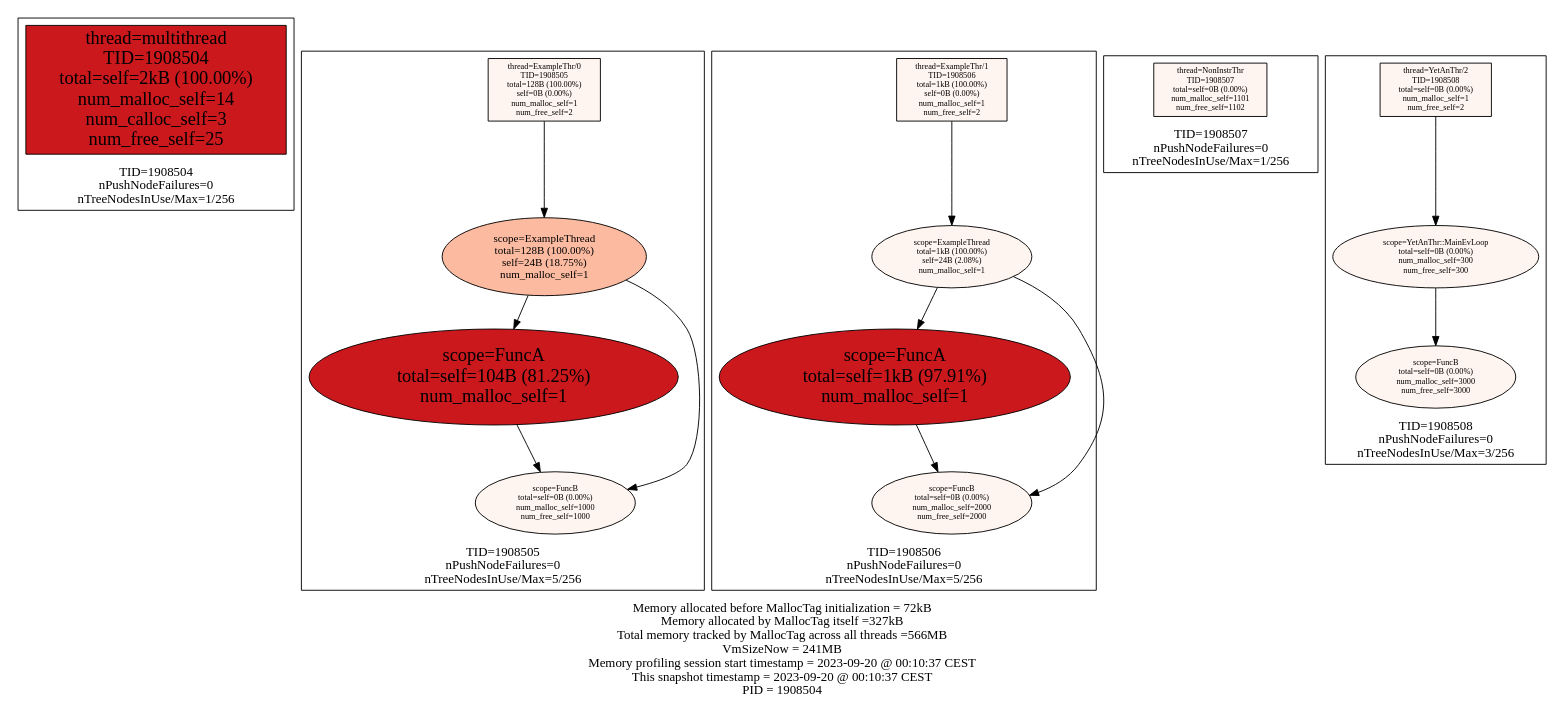
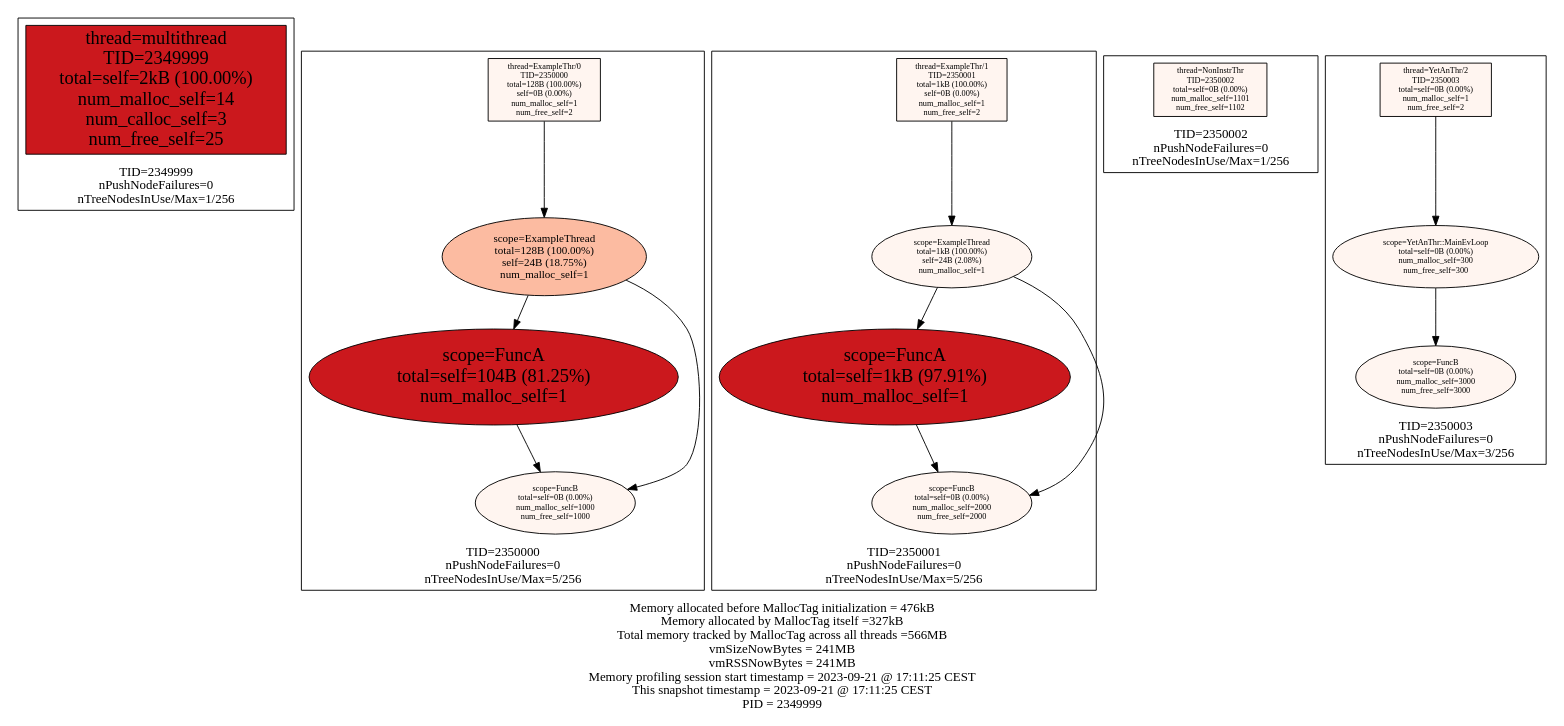
Before and after one commit to f18m/malloc-tag: the diagram in examples/multithread/multithread_stats.dot, drawn with Graphviz. The commit also changed 5 other files, not shown here.

```diff
--- a/examples/multithread/multithread_stats.dot
+++ b/examples/multithread/multithread_stats.dot
@@ -1,60 +1,60 @@
 digraph MallocTree {
  node [colorscheme=reds9 style=filled]
- subgraph cluster_TID1908504 {
+ subgraph cluster_TID2349999 {
   node [colorscheme=reds9 style=filled]
   labelloc="b"
-  label="TID=1908504\nnPushNodeFailures=0\nnTreeNodesInUse/Max=1/256\n"
-  "1908504_multithread" [label="thread=multithread\nTID=1908504\ntotal=self=2kB (100.00%)\nnum_malloc_self=14\nnum_calloc_self=3\nnum_free_self=25" shape=box fillcolor=7 fontsize=20]
+  label="TID=2349999\nnPushNodeFailures=0\nnTreeNodesInUse/Max=1/256\n"
+  "2349999_multithread" [label="thread=multithread\nTID=2349999\ntotal=self=2kB (100.00%)\nnum_malloc_self=14\nnum_calloc_self=3\nnum_free_self=25" shape=box fillcolor=7 fontsize=20]
  }
 
- subgraph cluster_TID1908505 {
+ subgraph cluster_TID2350000 {
   node [colorscheme=reds9 style=filled]
   labelloc="b"
-  label="TID=1908505\nnPushNodeFailures=0\nnTreeNodesInUse/Max=5/256\n"
-  "1908505_ExampleThr/0" [label="thread=ExampleThr/0\nTID=1908505\ntotal=128B (100.00%)\nself=0B (0.00%)\nnum_malloc_self=1\nnum_free_self=2" shape=box fillcolor=1 fontsize=9]
-  "1908505_ExampleThr/0" -> "1908505_ExampleThread"
-  "1908505_ExampleThread" [label="scope=ExampleThread\ntotal=128B (100.00%)\nself=24B (18.75%)\nnum_malloc_self=1" fillcolor=3 fontsize=12]
-  "1908505_ExampleThread" -> "1908505_FuncA"
-  "1908505_ExampleThread" -> "1908505_FuncB"
-  "1908505_FuncA" [label="scope=FuncA\ntotal=self=104B (81.25%)\nnum_malloc_self=1" fillcolor=7 fontsize=20]
-  "1908505_FuncA" -> "1908505_FuncB"
-  "1908505_FuncB" [label="scope=FuncB\ntotal=self=0B (0.00%)\nnum_malloc_self=1000\nnum_free_self=1000" fillcolor=1 fontsize=9]
-  "1908505_FuncB" [label="scope=FuncB\ntotal=self=0B (0.00%)\nnum_malloc_self=1000\nnum_free_self=1000" fillcolor=1 fontsize=9]
+  label="TID=2350000\nnPushNodeFailures=0\nnTreeNodesInUse/Max=5/256\n"
+  "2350000_ExampleThr/0" [label="thread=ExampleThr/0\nTID=2350000\ntotal=128B (100.00%)\nself=0B (0.00%)\nnum_malloc_self=1\nnum_free_self=2" shape=box fillcolor=1 fontsize=9]
+  "2350000_ExampleThr/0" -> "2350000_ExampleThread"
+  "2350000_ExampleThread" [label="scope=ExampleThread\ntotal=128B (100.00%)\nself=24B (18.75%)\nnum_malloc_self=1" fillcolor=3 fontsize=12]
+  "2350000_ExampleThread" -> "2350000_FuncA"
+  "2350000_ExampleThread" -> "2350000_FuncB"
+  "2350000_FuncA" [label="scope=FuncA\ntotal=self=104B (81.25%)\nnum_malloc_self=1" fillcolor=7 fontsize=20]
+  "2350000_FuncA" -> "2350000_FuncB"
+  "2350000_FuncB" [label="scope=FuncB\ntotal=self=0B (0.00%)\nnum_malloc_self=1000\nnum_free_self=1000" fillcolor=1 fontsize=9]
+  "2350000_FuncB" [label="scope=FuncB\ntotal=self=0B (0.00%)\nnum_malloc_self=1000\nnum_free_self=1000" fillcolor=1 fontsize=9]
  }
 
- subgraph cluster_TID1908506 {
+ subgraph cluster_TID2350001 {
   node [colorscheme=reds9 style=filled]
   labelloc="b"
-  label="TID=1908506\nnPushNodeFailures=0\nnTreeNodesInUse/Max=5/256\n"
-  "1908506_ExampleThr/1" [label="thread=ExampleThr/1\nTID=1908506\ntotal=1kB (100.00%)\nself=0B (0.00%)\nnum_malloc_self=1\nnum_free_self=2" shape=box fillcolor=1 fontsize=9]
-  "1908506_ExampleThr/1" -> "1908506_ExampleThread"
-  "1908506_ExampleThread" [label="scope=ExampleThread\ntotal=1kB (100.00%)\nself=24B (2.08%)\nnum_malloc_self=1" fillcolor=1 fontsize=9]
-  "1908506_ExampleThread" -> "1908506_FuncA"
-  "1908506_ExampleThread" -> "1908506_FuncB"
-  "1908506_FuncA" [label="scope=FuncA\ntotal=self=1kB (97.91%)\nnum_malloc_self=1" fillcolor=7 fontsize=20]
-  "1908506_FuncA" -> "1908506_FuncB"
-  "1908506_FuncB" [label="scope=FuncB\ntotal=self=0B (0.00%)\nnum_malloc_self=2000\nnum_free_self=2000" fillcolor=1 fontsize=9]
-  "1908506_FuncB" [label="scope=FuncB\ntotal=self=0B (0.00%)\nnum_malloc_self=2000\nnum_free_self=2000" fillcolor=1 fontsize=9]
+  label="TID=2350001\nnPushNodeFailures=0\nnTreeNodesInUse/Max=5/256\n"
+  "2350001_ExampleThr/1" [label="thread=ExampleThr/1\nTID=2350001\ntotal=1kB (100.00%)\nself=0B (0.00%)\nnum_malloc_self=1\nnum_free_self=2" shape=box fillcolor=1 fontsize=9]
+  "2350001_ExampleThr/1" -> "2350001_ExampleThread"
+  "2350001_ExampleThread" [label="scope=ExampleThread\ntotal=1kB (100.00%)\nself=24B (2.08%)\nnum_malloc_self=1" fillcolor=1 fontsize=9]
+  "2350001_ExampleThread" -> "2350001_FuncA"
+  "2350001_ExampleThread" -> "2350001_FuncB"
+  "2350001_FuncA" [label="scope=FuncA\ntotal=self=1kB (97.91%)\nnum_malloc_self=1" fillcolor=7 fontsize=20]
+  "2350001_FuncA" -> "2350001_FuncB"
+  "2350001_FuncB" [label="scope=FuncB\ntotal=self=0B (0.00%)\nnum_malloc_self=2000\nnum_free_self=2000" fillcolor=1 fontsize=9]
+  "2350001_FuncB" [label="scope=FuncB\ntotal=self=0B (0.00%)\nnum_malloc_self=2000\nnum_free_self=2000" fillcolor=1 fontsize=9]
  }
 
- subgraph cluster_TID1908507 {
+ subgraph cluster_TID2350002 {
   node [colorscheme=reds9 style=filled]
   labelloc="b"
-  label="TID=1908507\nnPushNodeFailures=0\nnTreeNodesInUse/Max=1/256\n"
-  "1908507_NonInstrThr" [label="thread=NonInstrThr\nTID=1908507\ntotal=self=0B (0.00%)\nnum_malloc_self=1101\nnum_free_self=1102" shape=box fillcolor=1 fontsize=9]
+  label="TID=2350002\nnPushNodeFailures=0\nnTreeNodesInUse/Max=1/256\n"
+  "2350002_NonInstrThr" [label="thread=NonInstrThr\nTID=2350002\ntotal=self=0B (0.00%)\nnum_malloc_self=1101\nnum_free_self=1102" shape=box fillcolor=1 fontsize=9]
  }
 
- subgraph cluster_TID1908508 {
+ subgraph cluster_TID2350003 {
   node [colorscheme=reds9 style=filled]
   labelloc="b"
-  label="TID=1908508\nnPushNodeFailures=0\nnTreeNodesInUse/Max=3/256\n"
-  "1908508_YetAnThr/2" [label="thread=YetAnThr/2\nTID=1908508\ntotal=self=0B (0.00%)\nnum_malloc_self=1\nnum_free_self=2" shape=box fillcolor=1 fontsize=9]
-  "1908508_YetAnThr/2" -> "1908508_YetAnThr::MainEvLoop"
-  "1908508_YetAnThr::MainEvLoop" [label="scope=YetAnThr::MainEvLoop\ntotal=self=0B (0.00%)\nnum_malloc_self=300\nnum_free_self=300" fillcolor=1 fontsize=9]
-  "1908508_YetAnThr::MainEvLoop" -> "1908508_FuncB"
-  "1908508_FuncB" [label="scope=FuncB\ntotal=self=0B (0.00%)\nnum_malloc_self=3000\nnum_free_self=3000" fillcolor=1 fontsize=9]
+  label="TID=2350003\nnPushNodeFailures=0\nnTreeNodesInUse/Max=3/256\n"
+  "2350003_YetAnThr/2" [label="thread=YetAnThr/2\nTID=2350003\ntotal=self=0B (0.00%)\nnum_malloc_self=1\nnum_free_self=2" shape=box fillcolor=1 fontsize=9]
+  "2350003_YetAnThr/2" -> "2350003_YetAnThr::MainEvLoop"
+  "2350003_YetAnThr::MainEvLoop" [label="scope=YetAnThr::MainEvLoop\ntotal=self=0B (0.00%)\nnum_malloc_self=300\nnum_free_self=300" fillcolor=1 fontsize=9]
+  "2350003_YetAnThr::MainEvLoop" -> "2350003_FuncB"
+  "2350003_FuncB" [label="scope=FuncB\ntotal=self=0B (0.00%)\nnum_malloc_self=3000\nnum_free_self=3000" fillcolor=1 fontsize=9]
  }
 
  labelloc="b"
- label="Memory allocated before MallocTag initialization = 72kB\nMemory allocated by MallocTag itself =327kB\nTotal memory tracked by MallocTag across all threads =566MB\nVmSizeNow = 241MB\nMemory profiling session start timestamp = 2023-09-20 @ 00:10:37 CEST\nThis snapshot timestamp = 2023-09-20 @ 00:10:37 CEST\nPID = 1908504\n"
+ label="Memory allocated before MallocTag initialization = 476kB\nMemory allocated by MallocTag itself =327kB\nTotal memory tracked by MallocTag across all threads =566MB\nvmSizeNowBytes = 241MB\nvmRSSNowBytes = 241MB\nMemory profiling session start timestamp = 2023-09-21 @ 17:11:25 CEST\nThis snapshot timestamp = 2023-09-21 @ 17:11:25 CEST\nPID = 2349999\n"
 }
```
